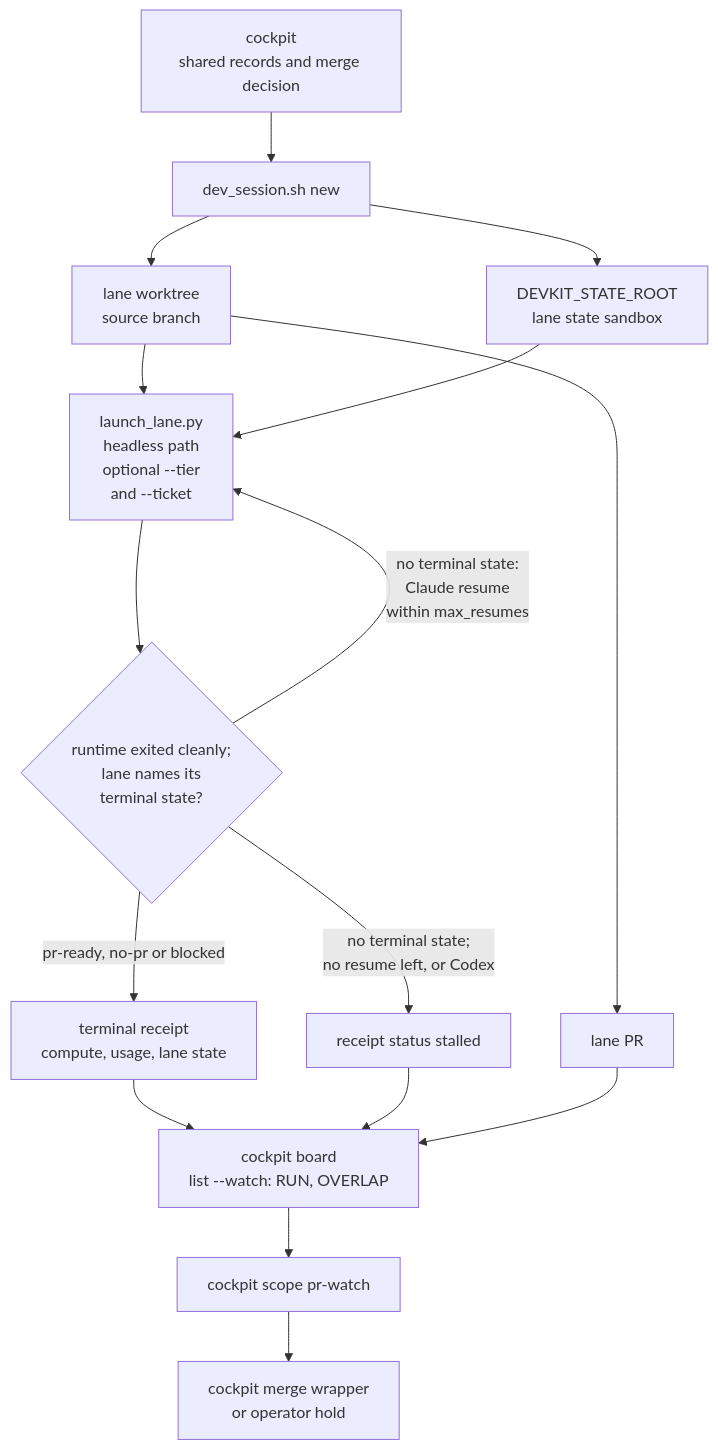
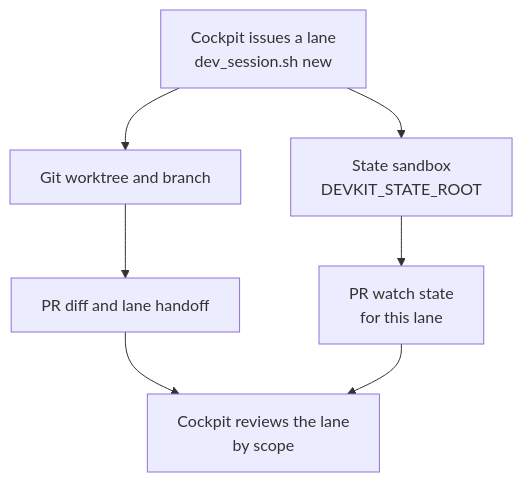
The fourth of 6 diagrams in docs/architecture.md (topij/agentic-dev-kit), drawn with Mermaid before and after one commit. The commit also changed other lines of this file and 12 other files, not shown here.

````diff
--- a/docs/architecture.md
+++ b/docs/architecture.md
@@ -183,18 +114,11 @@
 ```mermaid
-flowchart TB
-    Cockpit["cockpit<br/>shared records and merge decision"] --> Issuer["dev_session.sh new"]
-    Issuer --> Worktree["lane worktree<br/>source branch"]
-    Issuer --> Sandbox["DEVKIT_STATE_ROOT<br/>lane state sandbox"]
-    Worktree --> Launcher["launch_lane.py<br/>headless path<br/>optional --tier<br/>and --ticket"]
-    Sandbox --> Launcher
-    Launcher --> Terminal{"runtime exited cleanly;<br/>lane names its<br/>terminal state?"}
-    Terminal -->|"pr-ready, no-pr or blocked"| Receipt["terminal receipt<br/>compute, usage, lane state"]
-    Terminal -->|"no terminal state:<br/>Claude resume<br/>within max_resumes"| Launcher
-    Terminal -->|"no terminal state;<br/>no resume left, or Codex"| Stalled["receipt status stalled"]
-    Worktree --> PR["lane PR"]
-    Receipt --> Board["cockpit board<br/>list --watch: RUN, OVERLAP"]
-    Stalled --> Board
-    PR --> Board
-    Board --> Watch["cockpit scope pr-watch"]
-    Watch --> Merge["cockpit merge wrapper<br/>or operator hold"]
+flowchart TD
+    accTitle: Where a lane writes and where the cockpit reads
+    accDescr: Issuing a lane creates a worktree and a state sandbox. Its source changes go to the pull request. Scope-aware review reads the sandbox and the pull request from the cockpit.
+    Issue["Cockpit issues a lane<br/>dev_session.sh new"] --> Worktree["Git worktree and branch"]
+    Issue --> Sandbox["State sandbox<br/>DEVKIT_STATE_ROOT"]
+    Worktree --> PR["PR diff and lane handoff"]
+    Sandbox --> State["PR watch state<br/>for this lane"]
+    PR --> Cockpit["Cockpit reviews the lane<br/>by scope"]
+    State --> Cockpit
 ```
````
